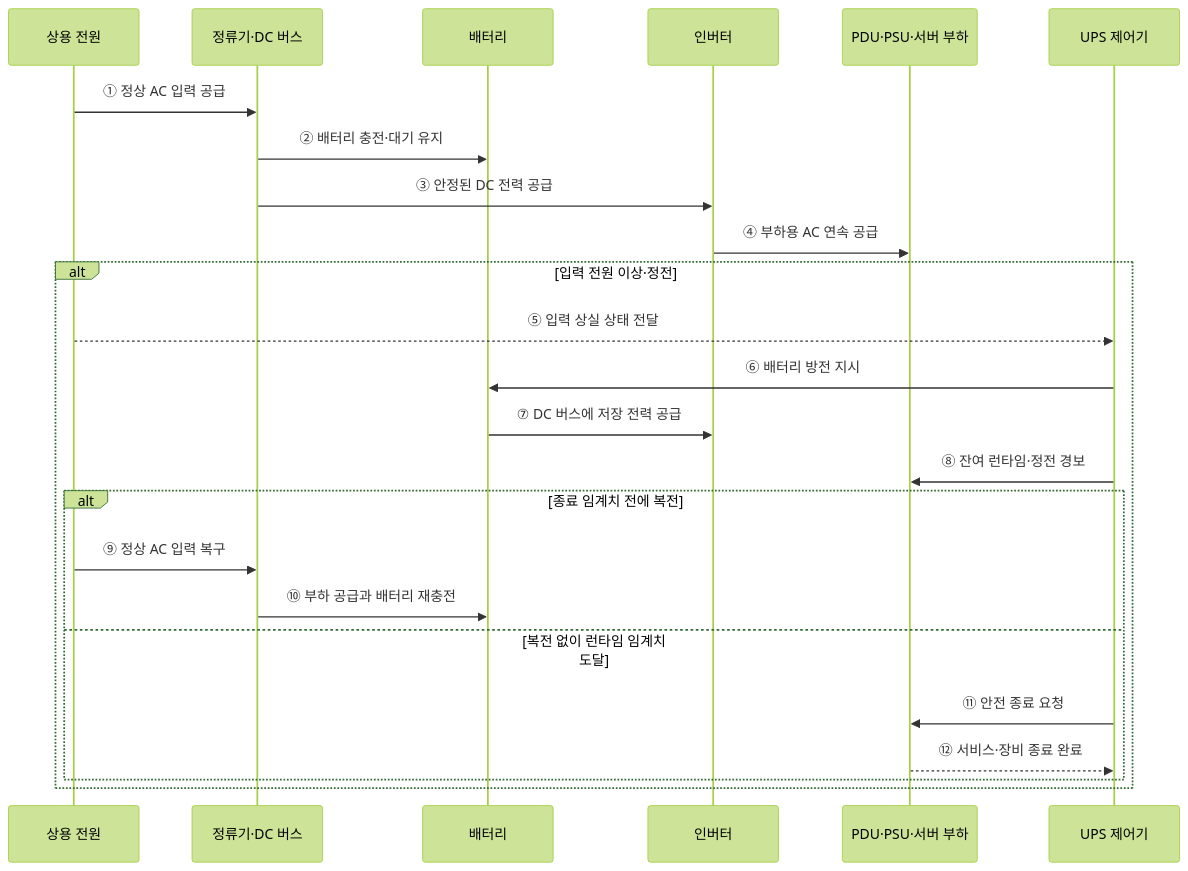
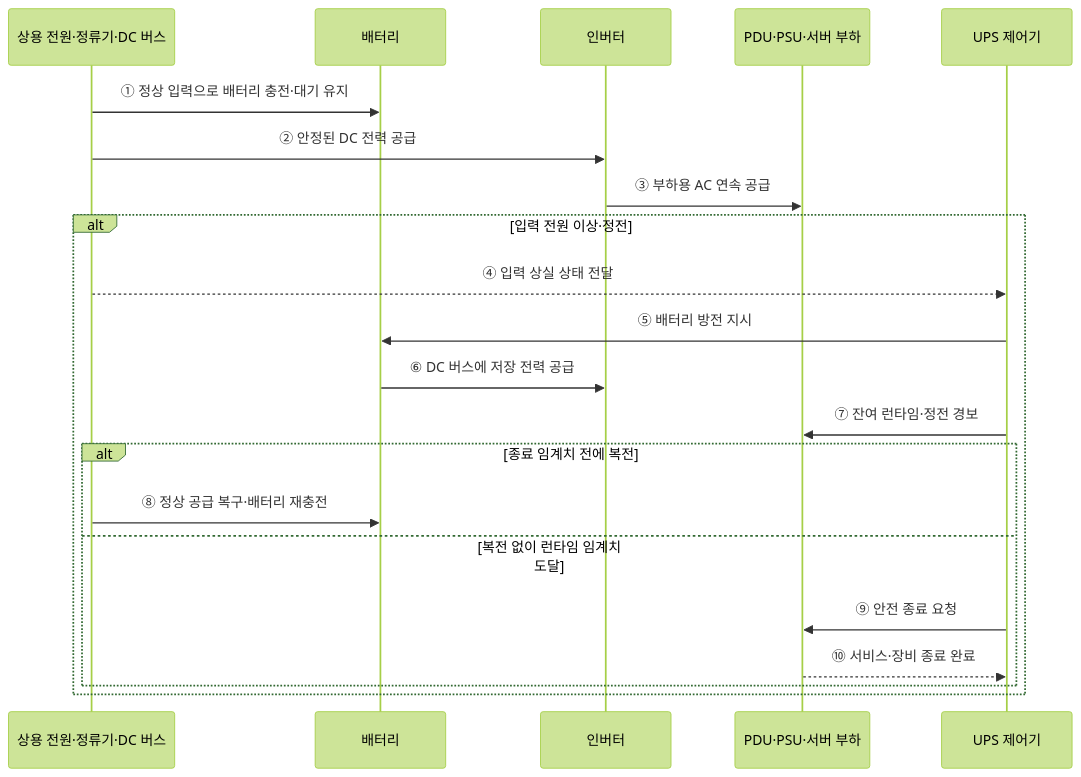
Before and after one commit to agnusdei1207/knowledge-base: the second of 2 diagrams in src/content/docs/notes/02-hardware/055_power_supply_ups.md, drawn with Mermaid (forest theme). The commit also changed other lines of this file and 20 other files, not shown here.

````diff
--- a/src/content/docs/notes/02-hardware/055_power_supply_ups.md
+++ b/src/content/docs/notes/02-hardware/055_power_supply_ups.md
@@ -88,27 +78,24 @@
 ```mermaid
 sequenceDiagram
-    participant U as 상용 전원
-    participant R as 정류기·DC 버스
+    participant U as 상용 전원·정류기·DC 버스
     participant B as 배터리
     participant I as 인버터
     participant L as PDU·PSU·서버 부하
     participant C as UPS 제어기
 
-    U->>R: ① 정상 AC 입력 공급
-    R->>B: ② 배터리 충전·대기 유지
-    R->>I: ③ 안정된 DC 전력 공급
-    I->>L: ④ 부하용 AC 연속 공급
+    U->>B: ① 정상 입력으로 배터리 충전·대기 유지
+    U->>I: ② 안정된 DC 전력 공급
+    I->>L: ③ 부하용 AC 연속 공급
     alt 입력 전원 이상·정전
-        U-->>C: ⑤ 입력 상실 상태 전달
-        C->>B: ⑥ 배터리 방전 지시
-        B->>I: ⑦ DC 버스에 저장 전력 공급
-        C->>L: ⑧ 잔여 런타임·정전 경보
+        U-->>C: ④ 입력 상실 상태 전달
+        C->>B: ⑤ 배터리 방전 지시
+        B->>I: ⑥ DC 버스에 저장 전력 공급
+        C->>L: ⑦ 잔여 런타임·정전 경보
         alt 종료 임계치 전에 복전
-            U->>R: ⑨ 정상 AC 입력 복구
-            R->>B: ⑩ 부하 공급과 배터리 재충전
+            U->>B: ⑧ 정상 공급 복구·배터리 재충전
         else 복전 없이 런타임 임계치 도달
-            C->>L: ⑪ 안전 종료 요청
-            L-->>C: ⑫ 서비스·장비 종료 완료
+            C->>L: ⑨ 안전 종료 요청
+            L-->>C: ⑩ 서비스·장비 종료 완료
         end
     end
 ```
````
